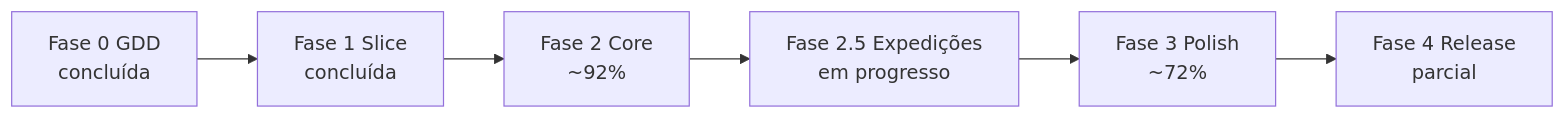
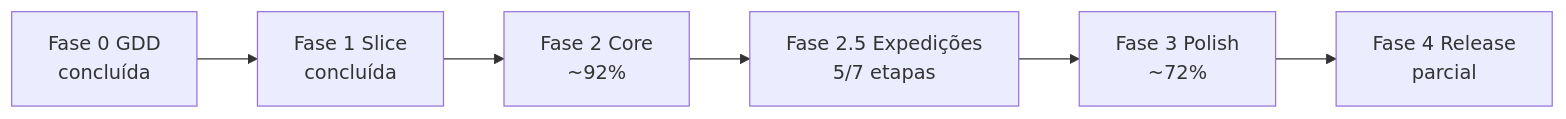
The diagram in docs/ROADMAP.md (lochesystem/snaredusk), drawn with Mermaid before and after one commit. The commit also changed other lines of this file and 6 other files, not shown here.

````diff
--- a/docs/ROADMAP.md
+++ b/docs/ROADMAP.md
@@ -9,8 +9,8 @@
 ```mermaid
 flowchart LR
   f0["Fase 0 GDD\nconcluída"] --> f1["Fase 1 Slice\nconcluída"]
   f1 --> f2["Fase 2 Core\n~92%"]
-  f2 --> f25["Fase 2.5 Expedições\nem progresso"]
+  f2 --> f25["Fase 2.5 Expedições\n5/7 etapas"]
   f25 --> f3["Fase 3 Polish\n~72%"]
   f3 --> f4["Fase 4 Release\nparcial"]
 ```
````
